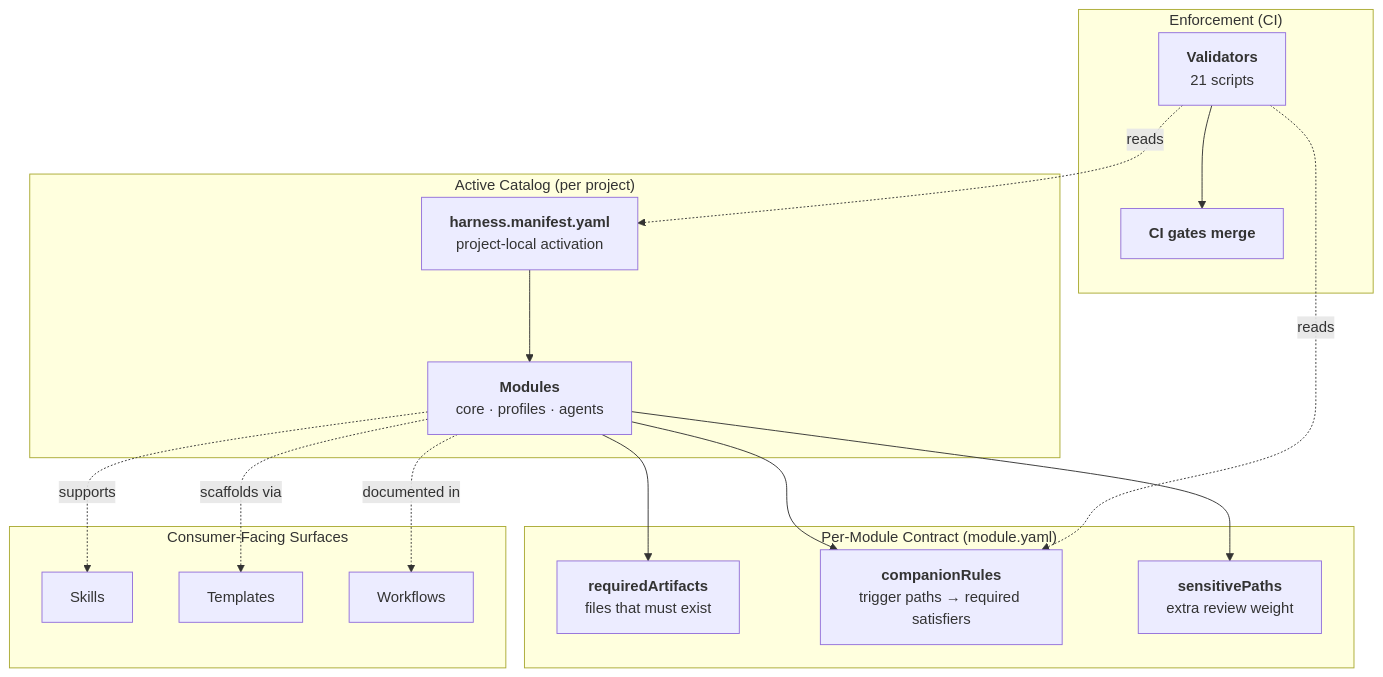
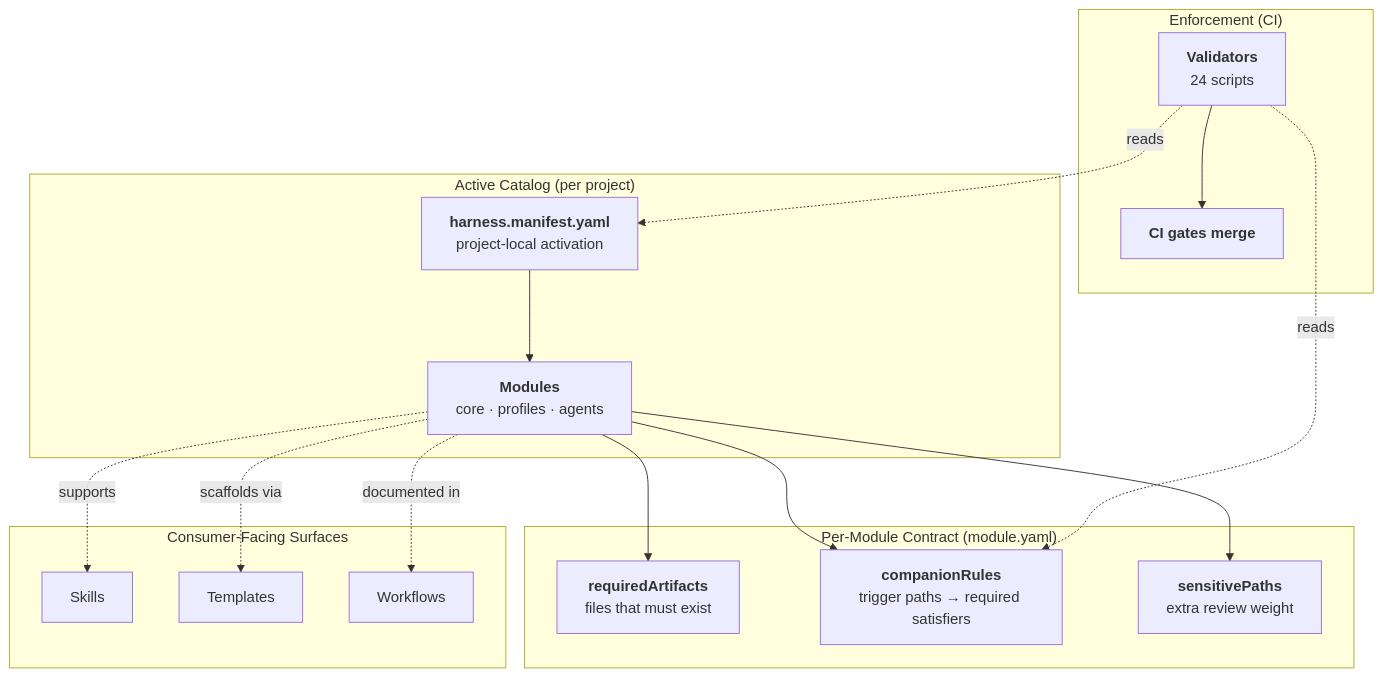
One commit to unclenate/auto-harness changed the diagram in README.md. Above: the diagram before and after it, drawn with Mermaid. The commit also changed other lines of this file and 20 other files, not shown here.

````diff
--- a/README.md
+++ b/README.md
@@ -131,31 +131,31 @@
 ```mermaid
 flowchart TD
     Manifest["<b>harness.manifest.yaml</b><br/>project-local activation"]
 
     subgraph CATALOG["Active Catalog (per project)"]
         Manifest --> Modules["<b>Modules</b><br/>core · profiles · agents"]
     end
 
     subgraph CONTRACT["Per-Module Contract (module.yaml)"]
         Modules --> Required["<b>requiredArtifacts</b><br/>files that must exist"]
         Modules --> Companions["<b>companionRules</b><br/>trigger paths → required satisfiers"]
         Modules --> Sensitive["<b>sensitivePaths</b><br/>extra review weight"]
     end
 
     subgraph ENFORCE["Enforcement (CI)"]
-        Validators["<b>Validators</b><br/>21 scripts"]
+        Validators["<b>Validators</b><br/>24 scripts"]
         Validators -.reads.-> Manifest
         Validators -.reads.-> Companions
         Validators --> CIGate["<b>CI gates merge</b>"]
     end
 
     subgraph SURFACE["Consumer-Facing Surfaces"]
         Skills["Skills"]
         Templates["Templates"]
         Workflows["Workflows"]
     end
 
     Modules -.supports.-> Skills
     Modules -.scaffolds via.-> Templates
     Modules -.documented in.-> Workflows
 ```
````
